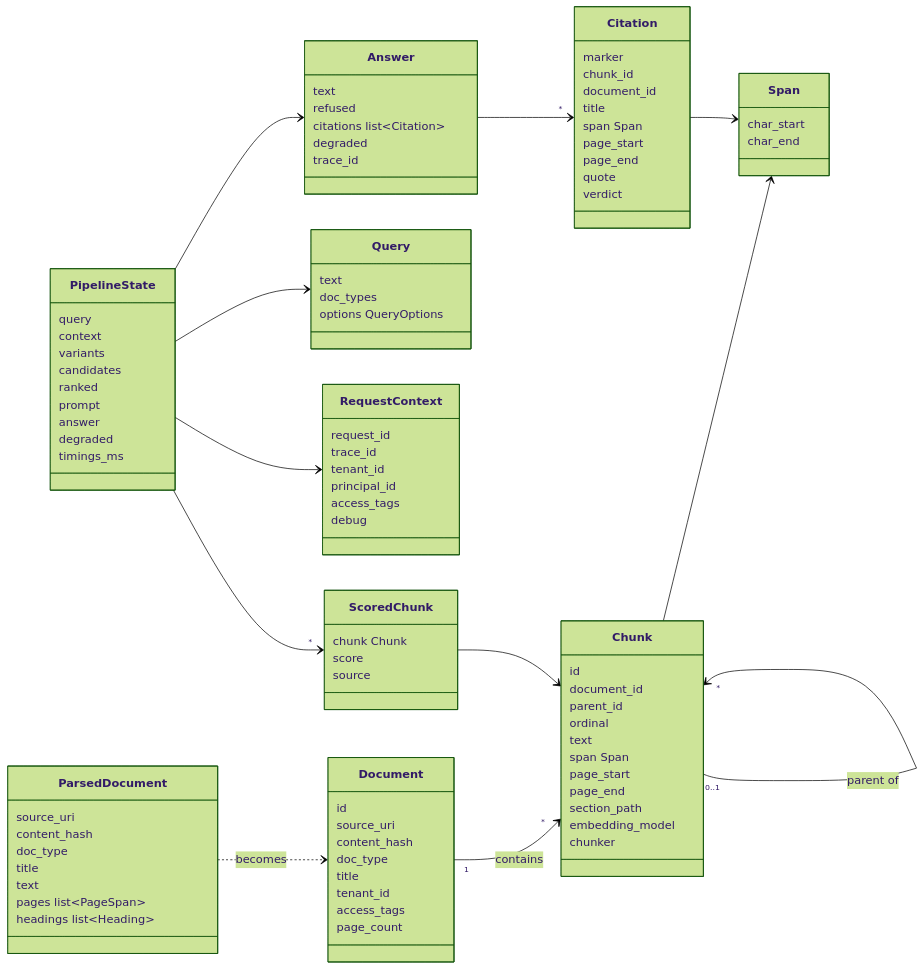
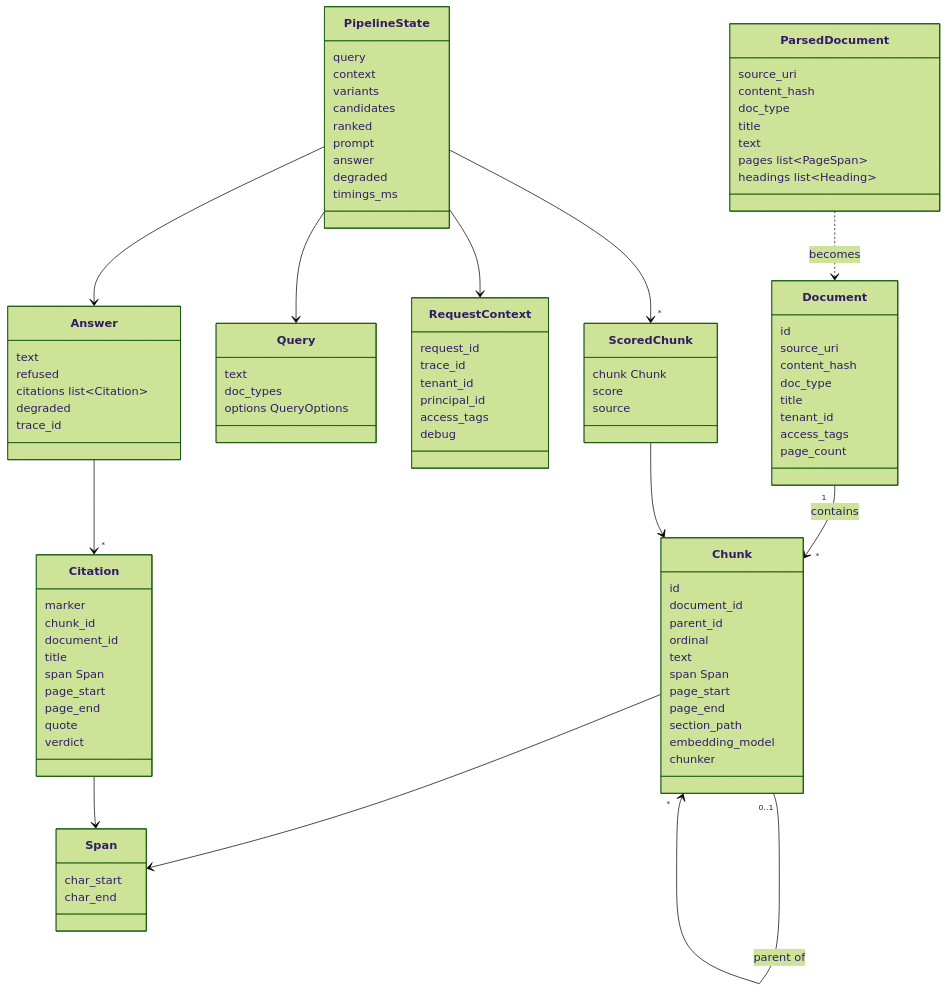
One commit to GhassenJamoussi99/open-rag-engine changed the second of 5 diagrams in docs/architecture/06-domain-model.md. Above: the diagram before and after it, drawn with Mermaid (forest theme). The commit also changed other lines of this file and 1 other file, not shown here.

````diff
--- a/docs/architecture/06-domain-model.md
+++ b/docs/architecture/06-domain-model.md
@@ -7,6 +75,6 @@
 ```mermaid
 classDiagram
-    direction LR
+    direction TB
 
     class ParsedDocument {
         source_uri
````
